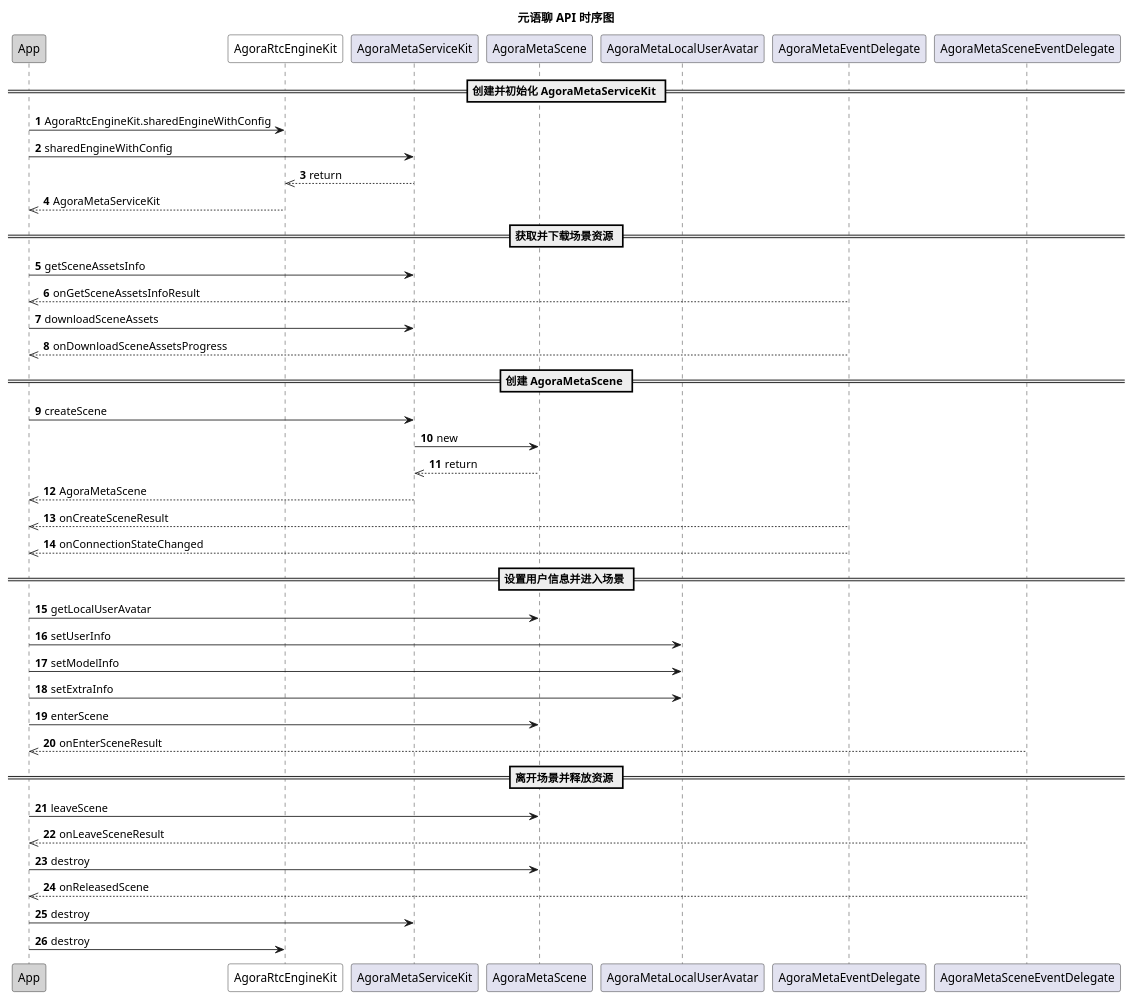
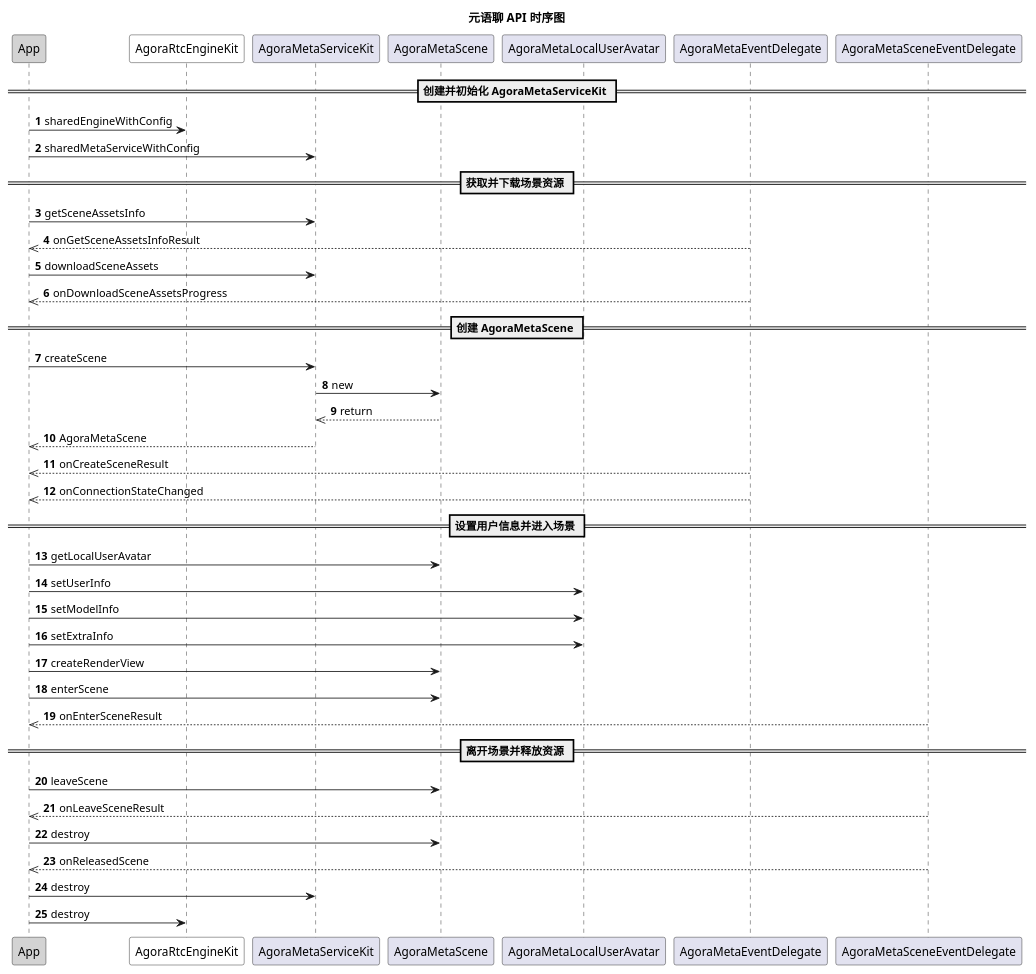
The diagram in markdown/metaworld/pic/ios_mc_api.wsd (AgoraIO/agora_doc_source), drawn with PlantUML before and after one commit. The commit also changed 2 other files, not shown here.

```diff
--- a/markdown/metaworld/pic/ios_mc_api.wsd
+++ b/markdown/metaworld/pic/ios_mc_api.wsd
@@ -1,42 +1,41 @@
 @startuml
 autonumber
 title 元语聊 API 时序图
 participant "App" as app #LightGrey
 participant "AgoraRtcEngineKit" as rtc #White
 participant "AgoraMetaServiceKit" as service
 participant "AgoraMetaScene" as scene
 participant "AgoraMetaLocalUserAvatar" as avatar
 participant "AgoraMetaEventDelegate" as serviceevent
 participant "AgoraMetaSceneEventDelegate" as sceneevent
 == 创建并初始化 AgoraMetaServiceKit ==
-app -> rtc: AgoraRtcEngineKit.sharedEngineWithConfig
-app -> service: sharedEngineWithConfig
-service -->> rtc: return
-rtc -->> app: AgoraMetaServiceKit
+app -> rtc: sharedEngineWithConfig
+app -> service: sharedMetaServiceWithConfig
 == 获取并下载场景资源 ==
 app -> service: getSceneAssetsInfo
 serviceevent -->> app: onGetSceneAssetsInfoResult
 app -> service: downloadSceneAssets
 serviceevent -->> app: onDownloadSceneAssetsProgress
 == 创建 AgoraMetaScene ==
 app -> service: createScene
 service -> scene: new
 scene -->> service: return
 service -->> app: AgoraMetaScene
 serviceevent -->> app: onCreateSceneResult
 serviceevent -->> app: onConnectionStateChanged
 == 设置用户信息并进入场景 ==
 app -> scene: getLocalUserAvatar
 app -> avatar: setUserInfo
 app -> avatar: setModelInfo
 app -> avatar: setExtraInfo
+app -> scene: createRenderView
 app -> scene: enterScene
 sceneevent -->> app: onEnterSceneResult
 == 离开场景并释放资源 ==
 app -> scene: leaveScene
 sceneevent -->> app: onLeaveSceneResult
 app -> scene: destroy
 sceneevent -->> app: onReleasedScene
 app -> service: destroy
 app -> rtc: destroy
 @enduml
```
